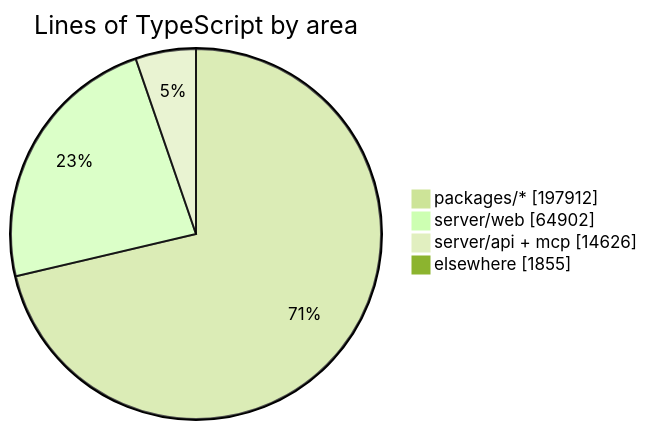
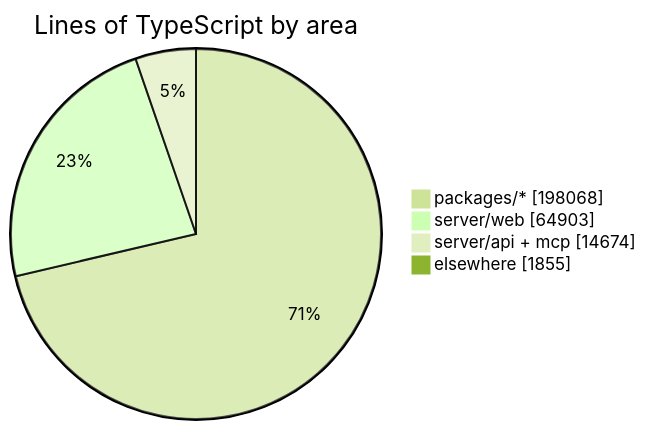
The diagram in README.md (crossworks-engineering/mantle), drawn with Mermaid (forest theme) before and after one commit. The commit also changed other lines of this file and 2 other files, not shown here.

````diff
--- a/README.md
+++ b/README.md
@@ -287,7 +287,7 @@
 ```mermaid
 pie showData title Lines of TypeScript by area
-    "packages/*" : 197912
-    "server/web" : 64902
-    "server/api + mcp" : 14626
+    "packages/*" : 198068
+    "server/web" : 64903
+    "server/api + mcp" : 14674
     "elsewhere" : 1855
 ```
````
